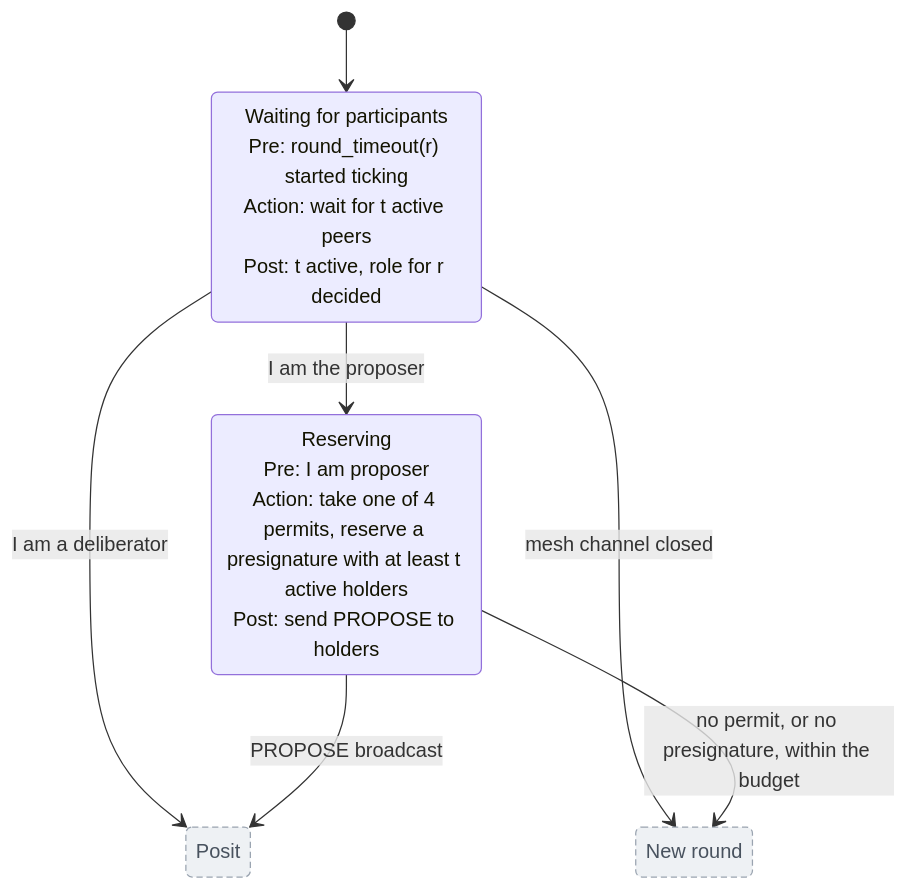
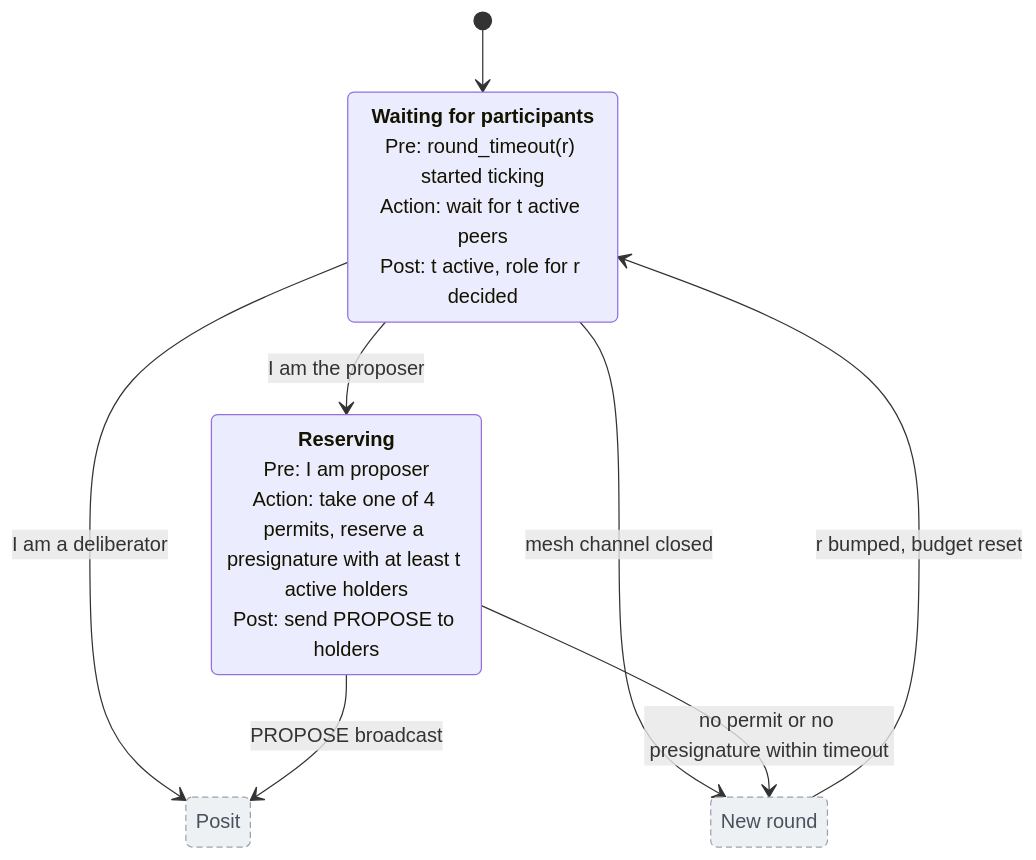
Before and after one commit to sig-net/mpc: the second of 5 diagrams in doc/posit_state_machine.md, drawn with Mermaid. The commit also changed other lines of this file, not shown here.

First line of the commit message:
docs: close the new-round loop in the posit detail diagrams

````diff
--- a/doc/posit_state_machine.md
+++ b/doc/posit_state_machine.md
@@ -36,18 +45,20 @@
 ```mermaid
 stateDiagram-v2
-    state "Waiting for participants<br/>Pre: round_timeout(r) started ticking<br/>Action: wait for t active peers<br/>Post: t active, role for r decided" as WaitingForParticipants
-    state "Reserving<br/>Pre: I am proposer<br/>Action: take one of 4 permits, reserve a presignature with at least t active holders<br/>Post: send PROPOSE to holders" as Reserving
+    state "<b>Waiting for participants</b><br/>Pre: round_timeout(r) started ticking<br/>Action: wait for t active peers<br/>Post: t active, role for r decided" as WaitingForParticipants
+
+    state "<b>Reserving</b><br/>Pre: I am proposer<br/>Action: take one of 4 permits, reserve a presignature with at least t active holders<br/>Post: send PROPOSE to holders" as Reserving
     state "Posit" as PositOut
     state "New round" as AbortOut
 
     [*] --> WaitingForParticipants
     WaitingForParticipants --> Reserving: I am the proposer
     WaitingForParticipants --> PositOut: I am a deliberator
     Reserving --> PositOut: PROPOSE broadcast
 
     WaitingForParticipants --> AbortOut: mesh channel closed
-    Reserving --> AbortOut: no permit, or no presignature, within the budget
+    Reserving --> AbortOut: no permit or no presignature within timeout
+    AbortOut --> WaitingForParticipants: r bumped, budget reset
 
     classDef outside fill:#eef1f4,stroke:#9aa4b0,color:#48525e,stroke-dasharray:5 3
     class PositOut,AbortOut outside
 ```
````
